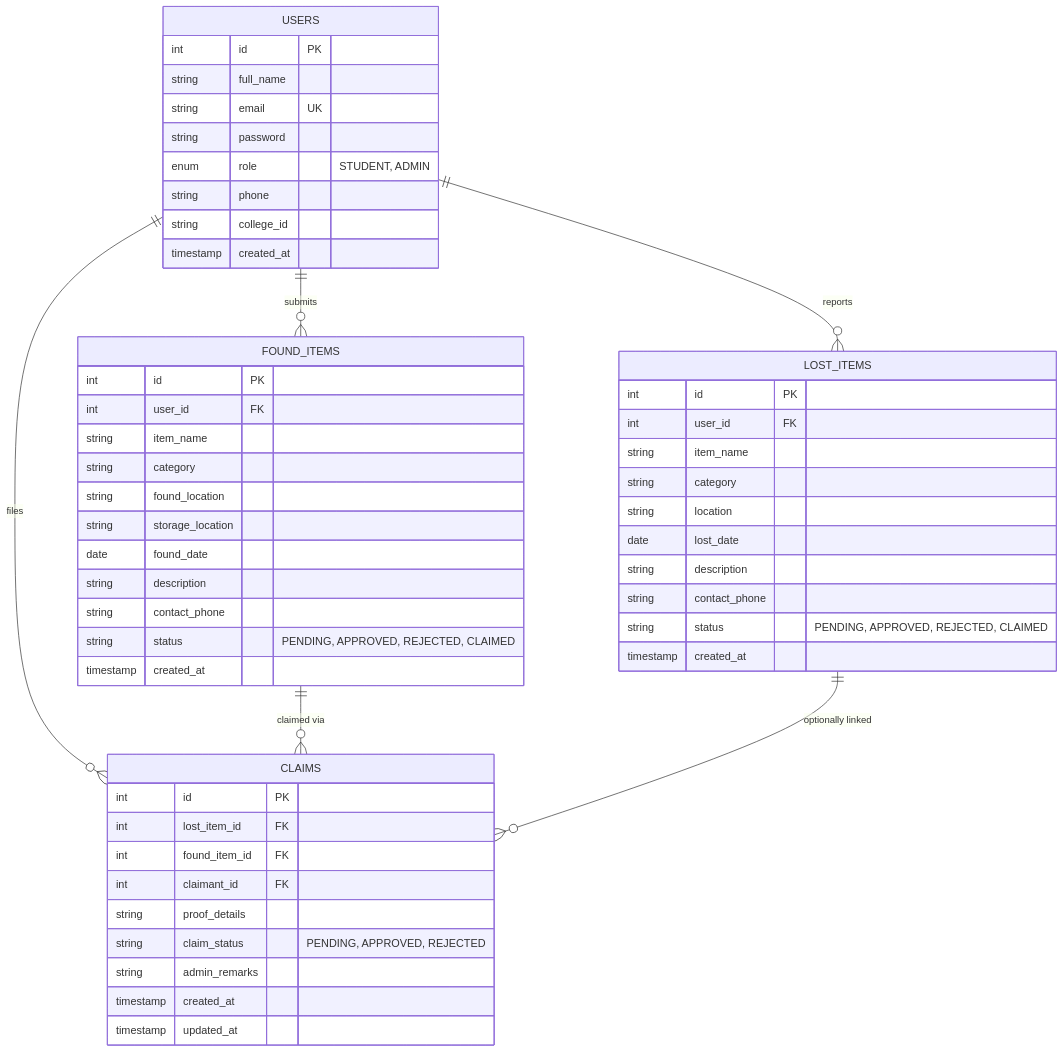
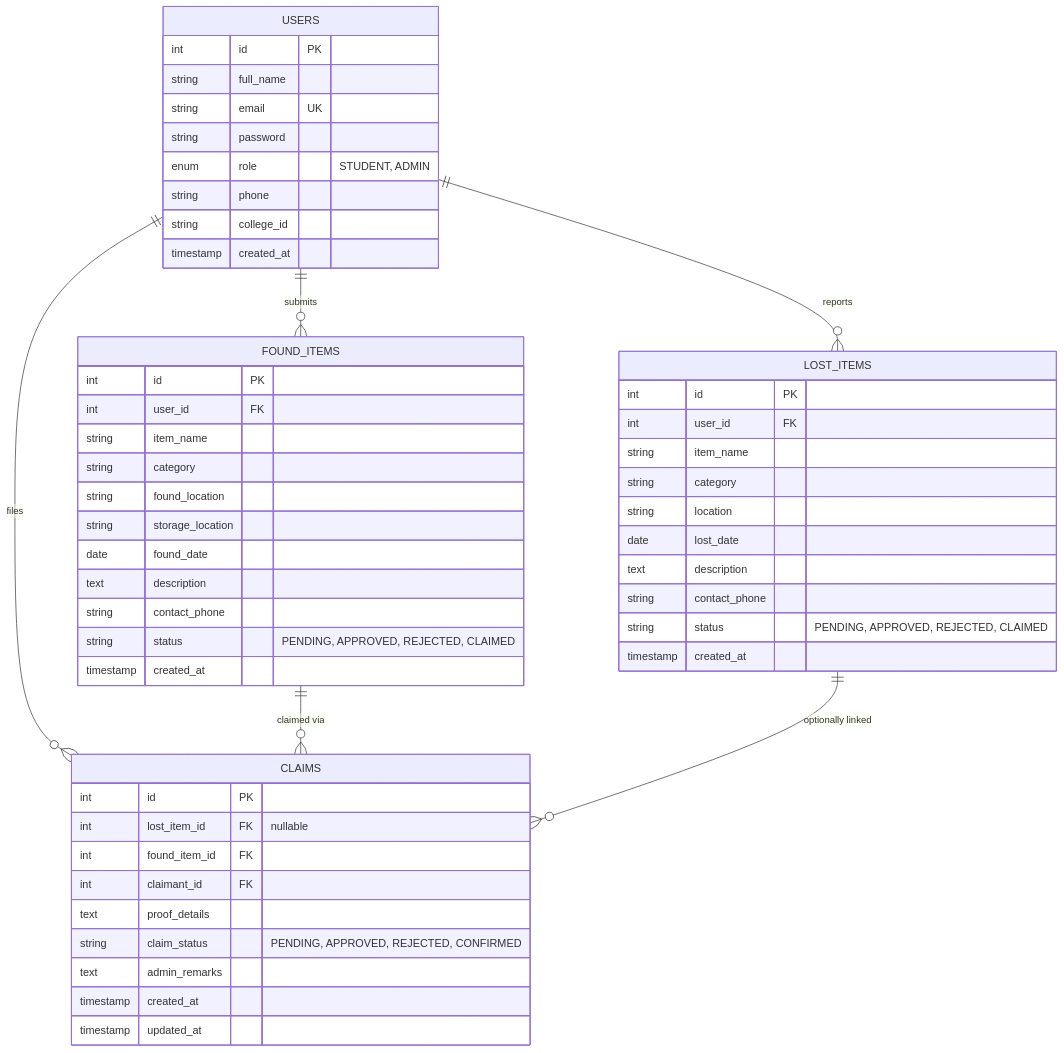
Before and after one commit to MOHIT119007/Smart-Lost-Found-System: the fourth of 5 diagrams in WEEK_WISE_DETAIL.md, drawn with Mermaid. The commit also changed other lines of this file, not shown here.

````diff
--- a/WEEK_WISE_DETAIL.md
+++ b/WEEK_WISE_DETAIL.md
@@ -201,58 +260,58 @@
 ```mermaid
 erDiagram
     USERS ||--o{ LOST_ITEMS : "reports"
     USERS ||--o{ FOUND_ITEMS : "submits"
     USERS ||--o{ CLAIMS : "files"
     FOUND_ITEMS ||--o{ CLAIMS : "claimed via"
     LOST_ITEMS ||--o{ CLAIMS : "optionally linked"
 
     USERS {
         int id PK
         string full_name
         string email UK
         string password
         enum role "STUDENT, ADMIN"
         string phone
         string college_id
         timestamp created_at
     }
 
     LOST_ITEMS {
         int id PK
         int user_id FK
         string item_name
         string category
         string location
         date lost_date
-        string description
+        text description
         string contact_phone
         string status "PENDING, APPROVED, REJECTED, CLAIMED"
         timestamp created_at
     }
 
     FOUND_ITEMS {
         int id PK
         int user_id FK
         string item_name
         string category
         string found_location
         string storage_location
         date found_date
-        string description
+        text description
         string contact_phone
         string status "PENDING, APPROVED, REJECTED, CLAIMED"
         timestamp created_at
     }
 
     CLAIMS {
         int id PK
-        int lost_item_id FK
+        int lost_item_id FK "nullable"
         int found_item_id FK
         int claimant_id FK
-        string proof_details
-        string claim_status "PENDING, APPROVED, REJECTED"
-        string admin_remarks
+        text proof_details
+        string claim_status "PENDING, APPROVED, REJECTED, CONFIRMED"
+        text admin_remarks
         timestamp created_at
         timestamp updated_at
     }
 ```
````
